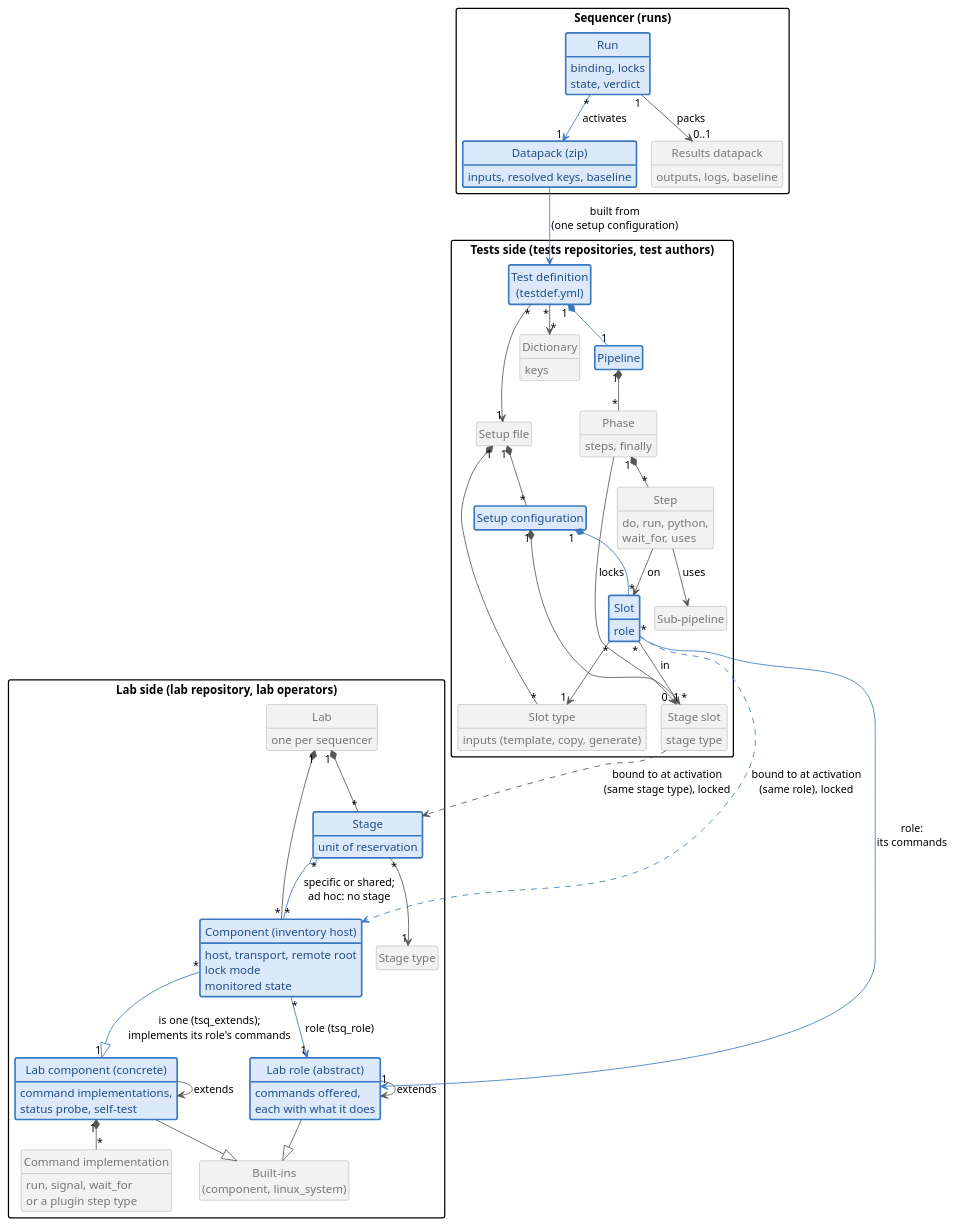
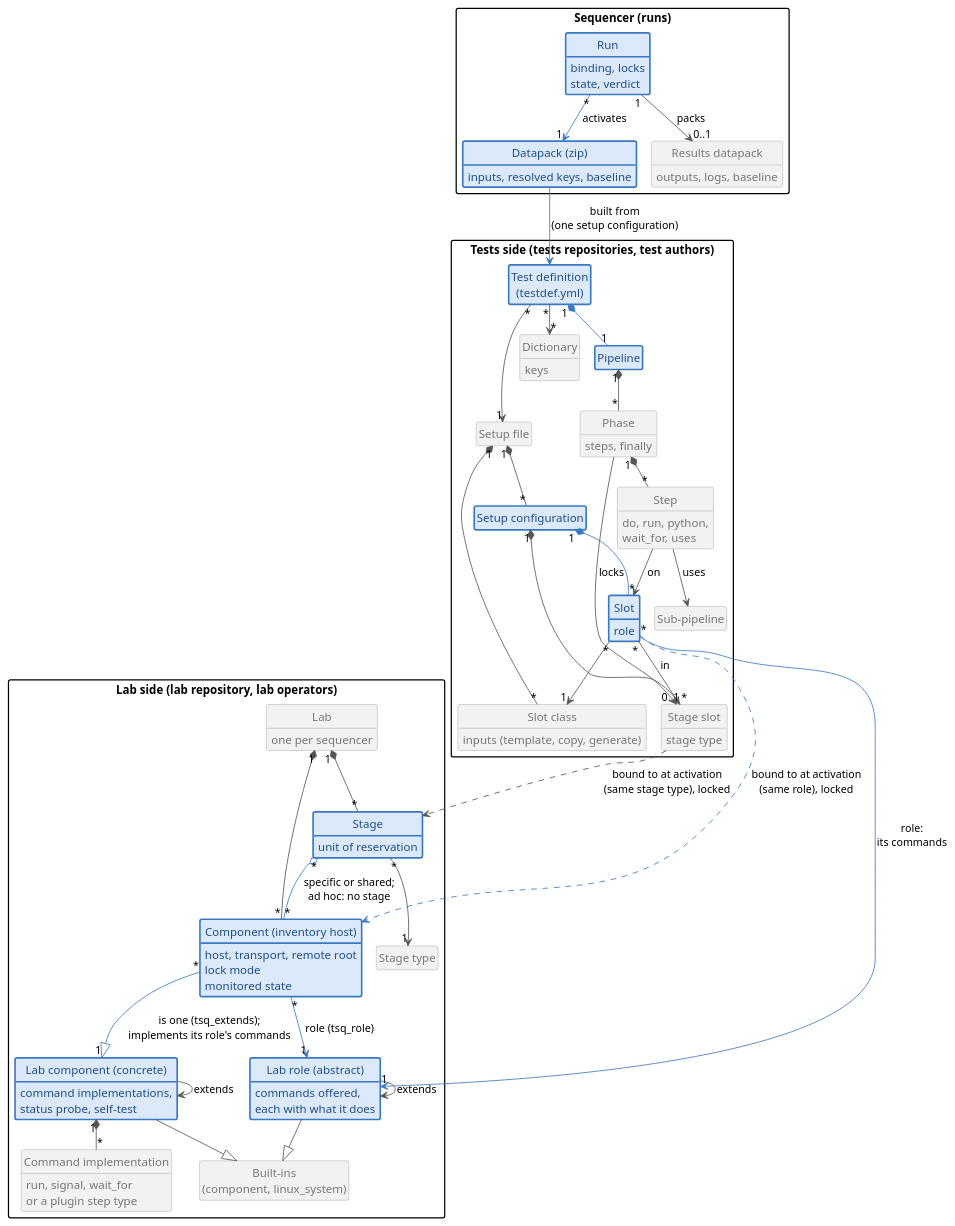
Before and after one commit to laurentmldev/testsuit: the diagram in docs/diagrams/data_model.puml, drawn with PlantUML. The commit also changed 43 other files, not shown here.

```diff
--- a/docs/diagrams/data_model.puml
+++ b/docs/diagrams/data_model.puml
@@ -1,118 +1,118 @@
 @startuml data_model
 !pragma layout smetana
 skinparam shadowing false
 skinparam defaultFontName Helvetica
 skinparam ArrowColor #555555
 skinparam classAttributeIconSize 0
 skinparam packageStyle rectangle
 hide circle
 hide empty members
 skinparam class {
   BackgroundColor #F2F2F2
   BorderColor #9A9A9A
   FontColor #555555
   AttributeFontColor #777777
 }
 
 package "Lab side (lab repository, lab operators)" as labside {
   class "Lab" as Lab {
     one per sequencer
   }
   class "Stage" as Stage #DCE9FA;line:3A78C2;line.bold;text:1F4E8C {
     unit of reservation
   }
   class "Stage type" as StageType
   class "Component (inventory host)" as Component #DCE9FA;line:3A78C2;line.bold;text:1F4E8C {
     host, transport, remote root
     lock mode
     monitored state
   }
   class "Lab role (abstract)" as LabRole #DCE9FA;line:3A78C2;line.bold;text:1F4E8C {
     commands offered,
     each with what it does
   }
   class "Lab component (concrete)" as LabComp #DCE9FA;line:3A78C2;line.bold;text:1F4E8C {
     command implementations,
     status probe, self-test
   }
   class "Built-ins\n(component, linux_system)" as BaseType
   class "Command implementation" as Command {
     run, signal, wait_for
     or a plugin step type
   }
 }
 
 package "Tests side (tests repositories, test authors)" as testside {
   class "Test definition\n(testdef.yml)" as TestDef #DCE9FA;line:3A78C2;line.bold;text:1F4E8C
   class "Setup file" as Setup
   class "Setup configuration" as SetupConf #DCE9FA;line:3A78C2;line.bold;text:1F4E8C
   class "Stage slot" as LStage {
     stage type
   }
   class "Slot" as LComp #DCE9FA;line:3A78C2;line.bold;text:1F4E8C {
     role
   }
-  class "Slot type" as DpType {
+  class "Slot class" as DpType {
     inputs (template, copy, generate)
   }
   class "Dictionary" as Dict {
     keys
   }
   class "Pipeline" as Pipeline #DCE9FA;line:3A78C2;line.bold;text:1F4E8C
   class "Phase" as Phase {
     steps, finally
   }
   class "Step" as Step {
     do, run, python,
     wait_for, uses
   }
   class "Sub-pipeline" as SubPipe
 }
 
 package "Sequencer (runs)" as runside {
   class "Datapack (zip)" as Datapack #DCE9FA;line:3A78C2;line.bold;text:1F4E8C {
     inputs, resolved keys, baseline
   }
   class "Run" as Run #DCE9FA;line:3A78C2;line.bold;text:1F4E8C {
     binding, locks
     state, verdict
   }
   class "Results datapack" as Results {
     outputs, logs, baseline
   }
 }
 
 Lab "1" *-- "*" Stage
 Lab "1" *-- "*" Component
 Stage "*" o-[#3A78C2]- "*" Component : specific or shared;\nad hoc: no stage
 Stage "*" --> "1" StageType
 Component "*" -[#3A78C2]-> "1" LabRole : role (tsq_role)
 Component "*" -[#3A78C2]-|> "1" LabComp : is one (tsq_extends);\nimplements its role's commands
 LabRole --> LabRole : extends
 LabComp --> LabComp : extends
 LabRole --|> BaseType
 LabComp --|> BaseType
 LabComp "1" *-- "*" Command
 
 TestDef "*" --> "1" Setup
 TestDef "1" *-[#3A78C2]- "1" Pipeline
 TestDef "*" --> "*" Dict
 Setup "1" *-- "*" SetupConf
 Setup "1" *-- "*" DpType
 SetupConf "1" *-- "*" LStage
 SetupConf "1" *-[#3A78C2]- "*" LComp
 LComp "*" --> "0..1" LStage : in
 LComp "*" --> "1" DpType
 LComp "*" -[#3A78C2]-> "1" LabRole : role:\nits commands
 Pipeline "1" *-- "*" Phase
 Phase "1" *-- "*" Step
 Step --> SubPipe : uses
 Step --> LComp : on
 Phase --> LStage : locks
 
 Datapack -[#3A78C2]-> TestDef : built from\n(one setup configuration)
 Run "*" -[#3A78C2]-> "1" Datapack : activates
 LStage ..> Stage : bound to at activation\n(same stage type), locked
 LComp .[#3A78C2].> Component : bound to at activation\n(same role), locked
 Run "1" --> "0..1" Results : packs
 @enduml
```
